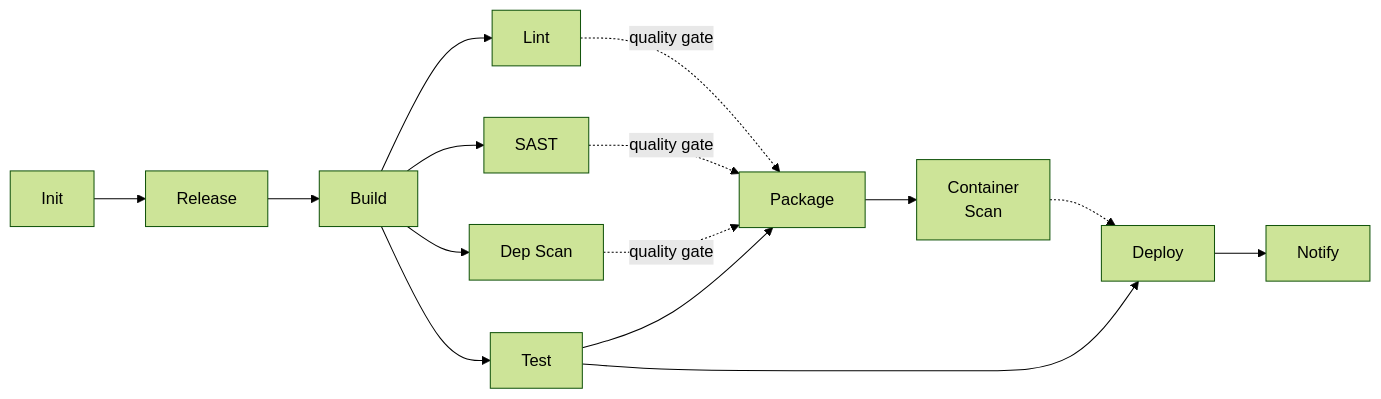
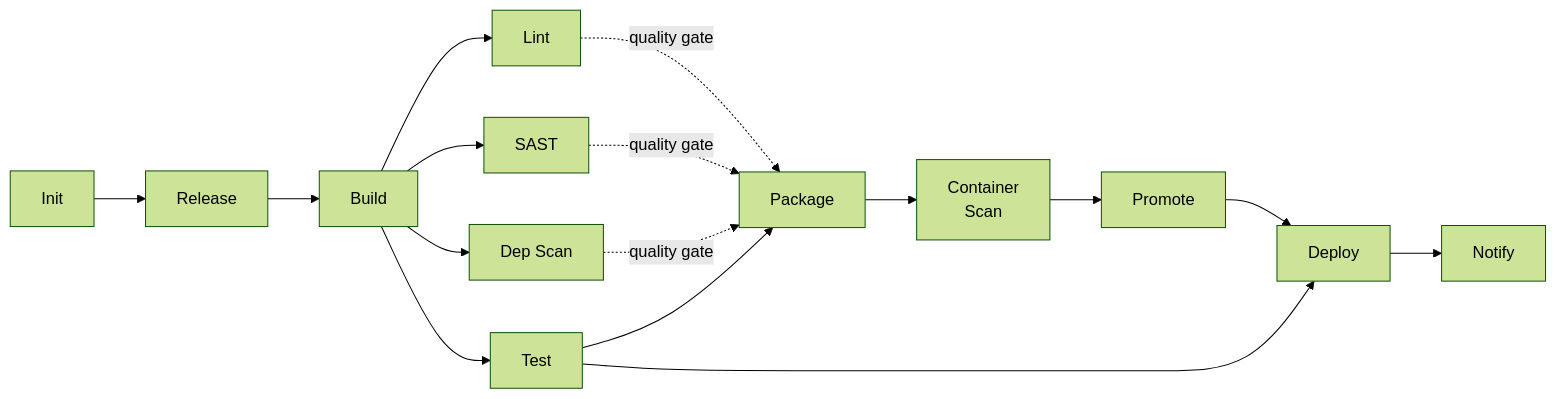
One commit to getbrik/brik changed the second of 2 diagrams in README.md. Above: the diagram before and after it, drawn with Mermaid (forest theme). The commit also changed other lines of this file and 2 other files, not shown here.

````diff
--- a/README.md
+++ b/README.md
@@ -102,29 +102,31 @@
 ```mermaid
 flowchart LR
     init["Init"]
     release["Release"]
     build["Build"]
     lint["Lint"]
     sast["SAST"]
     scan["Dep Scan"]
     test["Test"]
     package["Package"]
     cscan["Container<br/>Scan"]
+    promote["Promote"]
     deploy["Deploy"]
     notify["Notify"]
 
     init --> release
     release --> build
     build --> lint
     build --> sast
     build --> scan
     build --> test
     lint -.->|quality gate| package
     sast -.->|quality gate| package
     scan -.->|quality gate| package
     test --> package
     package --> cscan
+    cscan --> promote
+    promote --> deploy
     test --> deploy
-    cscan -.-> deploy
     deploy --> notify
 ```
````
